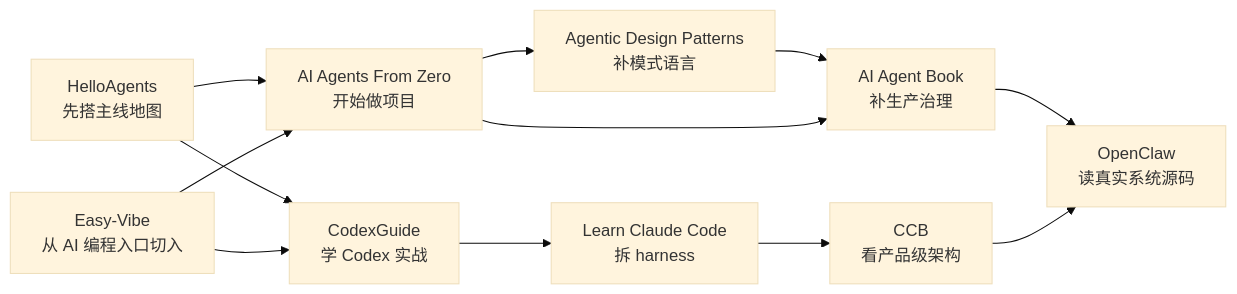
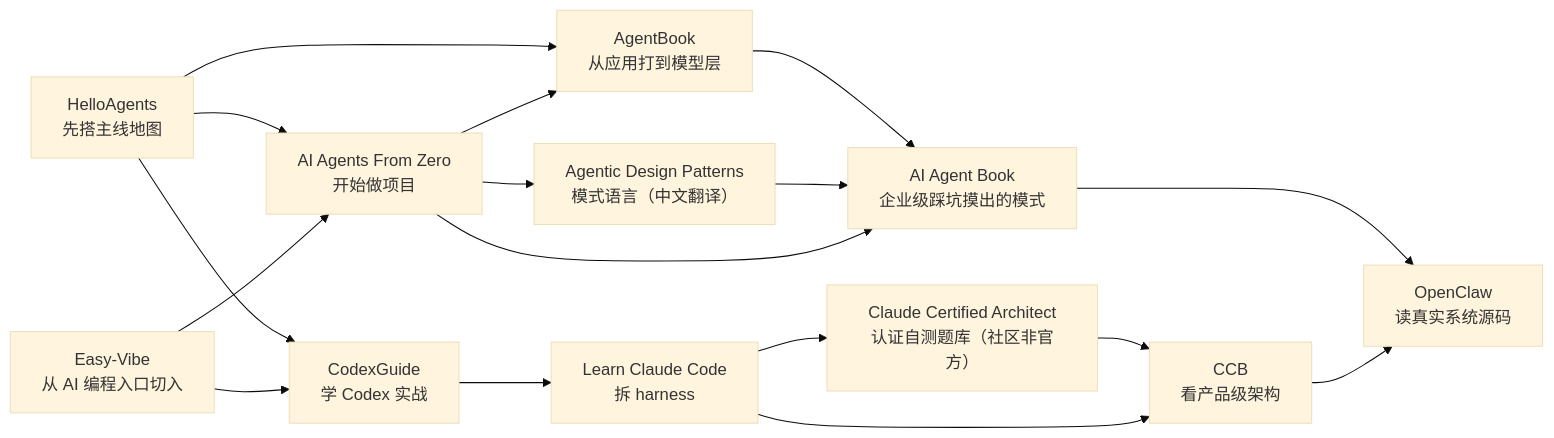
The diagram in docs/resources/index.md (xiaomingtx12/nice-ai-agent-study-resources), drawn with Mermaid (base theme) before and after one commit. The commit also changed other lines of this file and 145 other files, not shown here.

````diff
--- a/docs/resources/index.md
+++ b/docs/resources/index.md
@@ -24,24 +37,31 @@
 ```mermaid
 flowchart LR
   H["HelloAgents<br/>先搭主线地图"]
   Z["AI Agents From Zero<br/>开始做项目"]
   E["Easy-Vibe<br/>从 AI 编程入口切入"]
   G["CodexGuide<br/>学 Codex 实战"]
+  AB["AgentBook<br/>从应用打到模型层"]
   L["Learn Claude Code<br/>拆 harness"]
+  CA["Claude Certified Architect<br/>认证自测题库（社区非官方）"]
   C["CCB<br/>看产品级架构"]
-  A["Agentic Design Patterns<br/>补模式语言"]
-  B["AI Agent Book<br/>补生产治理"]
+  A["Agentic Design Patterns<br/>模式语言（中文翻译）"]
+  B["AI Agent Book<br/>企业级踩坑摸出的模式"]
   O["OpenClaw<br/>读真实系统源码"]
 
   H --> Z
   E --> Z
   H --> G
   E --> G
+  H --> AB
+  Z --> AB
+  AB --> B
   G --> L
+  L --> CA
+  CA --> C
   L --> C
   Z --> A
   A --> B
   Z --> B
   B --> O
   C --> O
 ```
````
